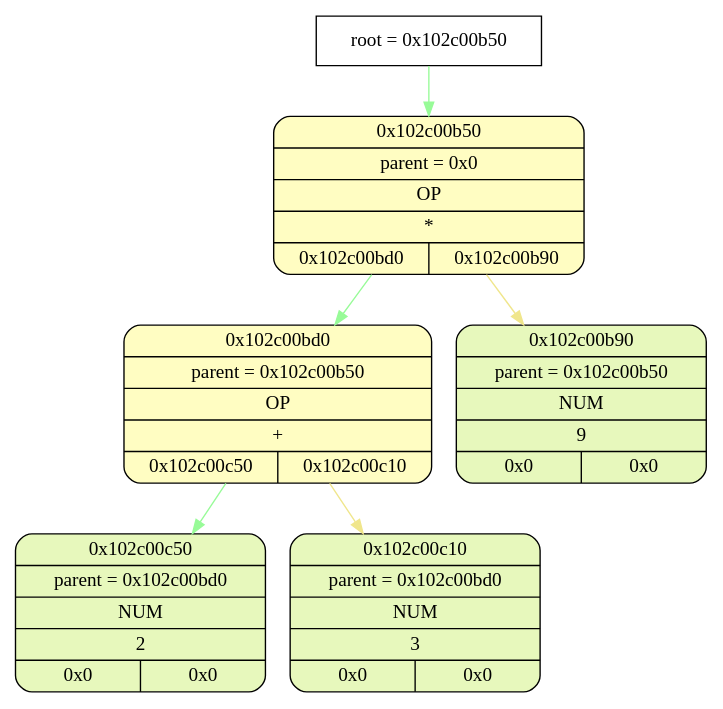
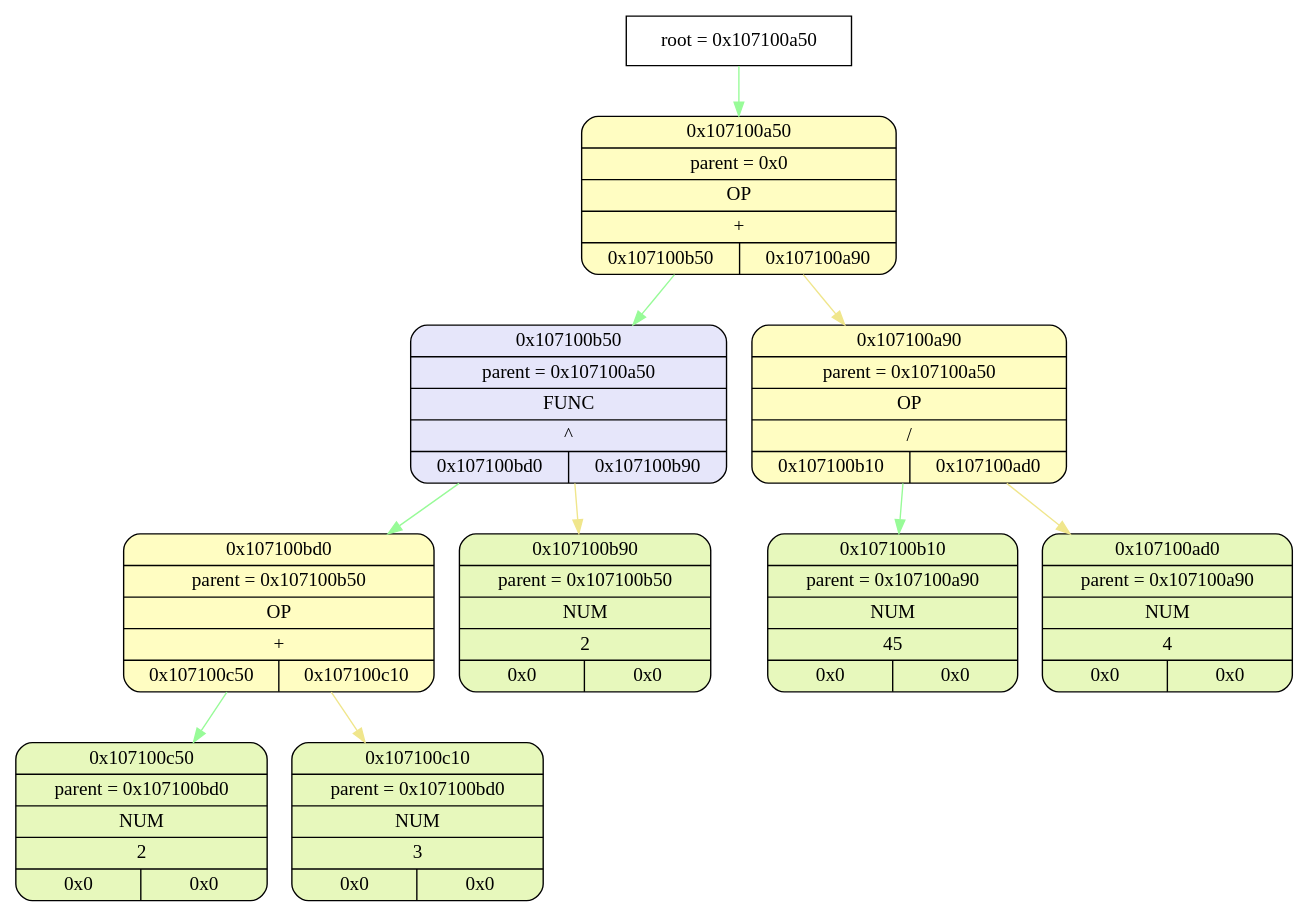
Before and after one commit to esgalimov/differentiator: the diagram in tmp/graphviz.dot, drawn with Graphviz. The commit also changed 7 other files, not shown here.

```diff
--- a/tmp/graphviz.dot
+++ b/tmp/graphviz.dot
@@ -1,20 +1,32 @@
 digraph
 {
-    node_info[shape = record, label = "{root = 0x102c00b50}"];
+    node_info[shape = record, label = "{root = 0x107100a50}"];
 
-    node_info->node_0x102c00b50 [color = "#98FB98"];
-    node_0x102c00b50[shape = Mrecord, label = "{{0x102c00b50} | {parent =  0x0} | {OP} | {*} | {0x102c00bd0 | 0x102c00b90}}",
+    node_info->node_0x107100a50 [color = "#98FB98"];
+    node_0x107100a50[shape = Mrecord, label = "{{0x107100a50} | {parent =  0x0} | {OP} | {+} | {0x107100b50 | 0x107100a90}}",
                 style="filled", fillcolor="#FFFDC2"];
-    node_0x102c00bd0[shape = Mrecord, label = "{{0x102c00bd0} | {parent =  0x102c00b50} | {OP} | {+} | {0x102c00c50 | 0x102c00c10}}",
+    node_0x107100b50[shape = Mrecord, label = "{{0x107100b50} | {parent =  0x107100a50} | {FUNC} | {^} | {0x107100bd0 | 0x107100b90}}",
+                style="filled", fillcolor="#E6E6FA"];
+    node_0x107100bd0[shape = Mrecord, label = "{{0x107100bd0} | {parent =  0x107100b50} | {OP} | {+} | {0x107100c50 | 0x107100c10}}",
                 style="filled", fillcolor="#FFFDC2"];
-    node_0x102c00c50[shape = Mrecord, label = "{{0x102c00c50} | {parent =  0x102c00bd0} | {NUM} | {2} | {0x0 | 0x0}}",
+    node_0x107100c50[shape = Mrecord, label = "{{0x107100c50} | {parent =  0x107100bd0} | {NUM} | {2} | {0x0 | 0x0}}",
                 style="filled", fillcolor="#E7F8BC"];
-    node_0x102c00c10[shape = Mrecord, label = "{{0x102c00c10} | {parent =  0x102c00bd0} | {NUM} | {3} | {0x0 | 0x0}}",
+    node_0x107100c10[shape = Mrecord, label = "{{0x107100c10} | {parent =  0x107100bd0} | {NUM} | {3} | {0x0 | 0x0}}",
                 style="filled", fillcolor="#E7F8BC"];
-    node_0x102c00b90[shape = Mrecord, label = "{{0x102c00b90} | {parent =  0x102c00b50} | {NUM} | {9} | {0x0 | 0x0}}",
+    node_0x107100b90[shape = Mrecord, label = "{{0x107100b90} | {parent =  0x107100b50} | {NUM} | {2} | {0x0 | 0x0}}",
                 style="filled", fillcolor="#E7F8BC"];
-    node_0x102c00b50->node_0x102c00bd0 [color = "#98FB98"];
-    node_0x102c00bd0->node_0x102c00c50 [color = "#98FB98"];
-    node_0x102c00bd0->node_0x102c00c10 [color = "#F0E68C"];
-    node_0x102c00b50->node_0x102c00b90 [color = "#F0E68C"];
+    node_0x107100a90[shape = Mrecord, label = "{{0x107100a90} | {parent =  0x107100a50} | {OP} | {/} | {0x107100b10 | 0x107100ad0}}",
+                style="filled", fillcolor="#FFFDC2"];
+    node_0x107100b10[shape = Mrecord, label = "{{0x107100b10} | {parent =  0x107100a90} | {NUM} | {45} | {0x0 | 0x0}}",
+                style="filled", fillcolor="#E7F8BC"];
+    node_0x107100ad0[shape = Mrecord, label = "{{0x107100ad0} | {parent =  0x107100a90} | {NUM} | {4} | {0x0 | 0x0}}",
+                style="filled", fillcolor="#E7F8BC"];
+    node_0x107100a50->node_0x107100b50 [color = "#98FB98"];
+    node_0x107100b50->node_0x107100bd0 [color = "#98FB98"];
+    node_0x107100bd0->node_0x107100c50 [color = "#98FB98"];
+    node_0x107100bd0->node_0x107100c10 [color = "#F0E68C"];
+    node_0x107100b50->node_0x107100b90 [color = "#F0E68C"];
+    node_0x107100a50->node_0x107100a90 [color = "#F0E68C"];
+    node_0x107100a90->node_0x107100b10 [color = "#98FB98"];
+    node_0x107100a90->node_0x107100ad0 [color = "#F0E68C"];
 }
```
